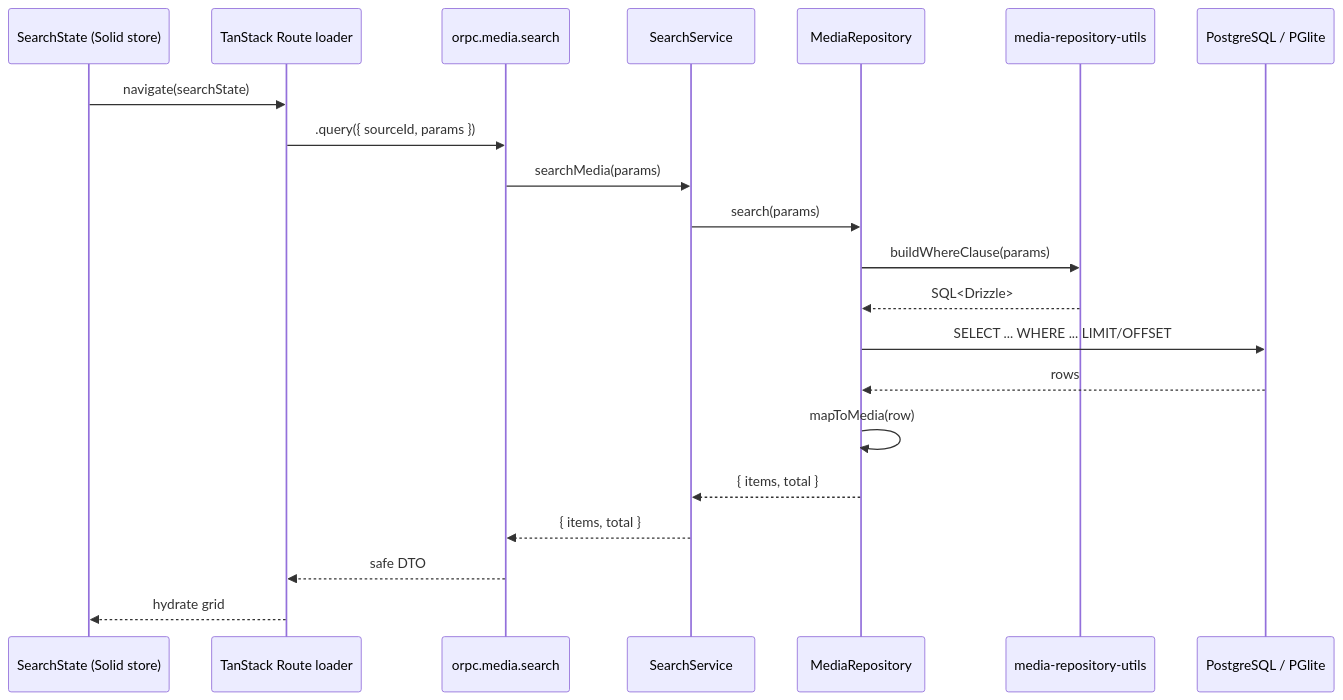
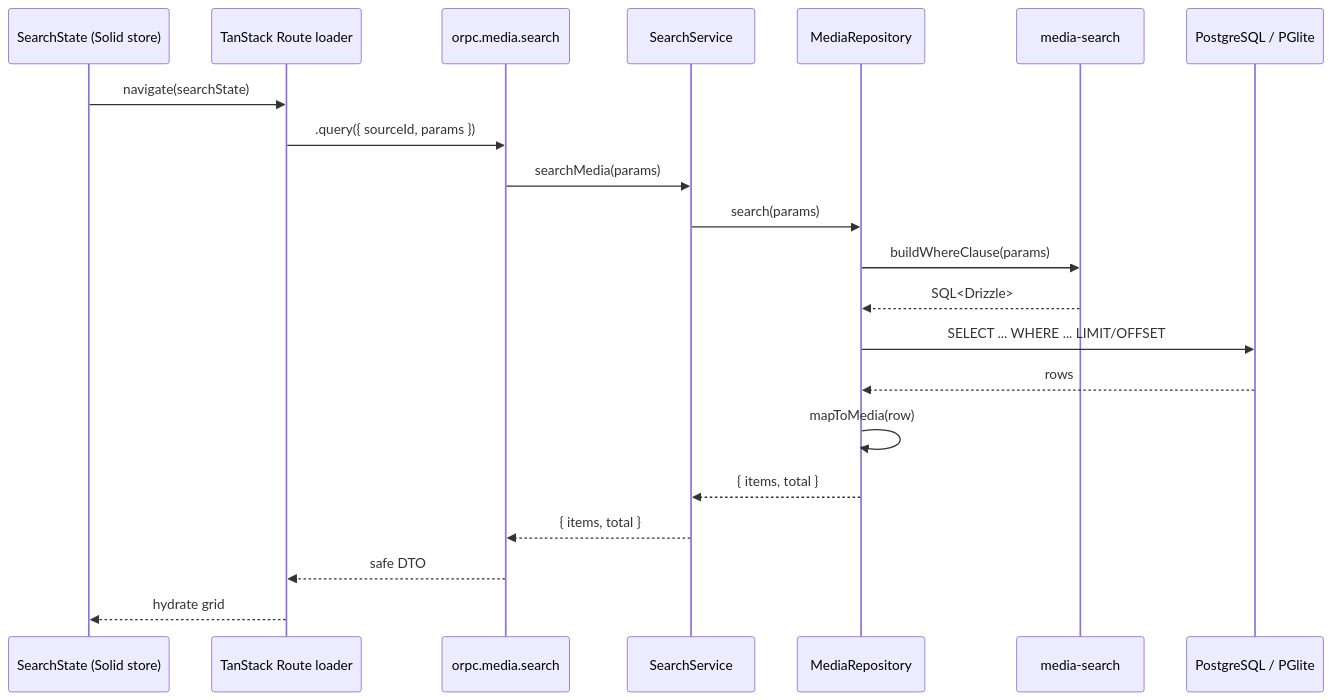
Before and after one commit to hmjn023/solid-imager: the second of 7 diagrams in .indexion/wiki/process-flows.md, drawn with Mermaid. The commit also changed other lines of this file and 2 other files, not shown here.

Commit message:
docs: update server-tauri parity wiki after #322 commonization
- Mark media-repository-utils.ts and tagging-service.ts as completed
- Update cross-references in search-design.md and process-flows.md
- Remove stale references to deleted media-repository-utils.ts

````diff
--- a/.indexion/wiki/process-flows.md
+++ b/.indexion/wiki/process-flows.md
@@ -54,24 +54,24 @@
 ```mermaid
 sequenceDiagram
     participant UI as SearchState (Solid store)
     participant Route as TanStack Route loader
     participant RPC as orpc.media.search
     participant SS as SearchService
     participant MR as MediaRepository
-    participant UT as media-repository-utils
+    participant UT as media-search
     participant DB as PostgreSQL / PGlite
 
     UI->>Route: navigate(searchState)
     Route->>RPC: .query({ sourceId, params })
     RPC->>SS: searchMedia(params)
     SS->>MR: search(params)
     MR->>UT: buildWhereClause(params)
     UT-->>MR: SQL<Drizzle>
     MR->>DB: SELECT ... WHERE ... LIMIT/OFFSET
     DB-->>MR: rows
     MR->>MR: mapToMedia(row)
     MR-->>SS: { items, total }
     SS-->>RPC: { items, total }
     RPC-->>Route: safe DTO
     Route-->>UI: hydrate grid
 ```
````
